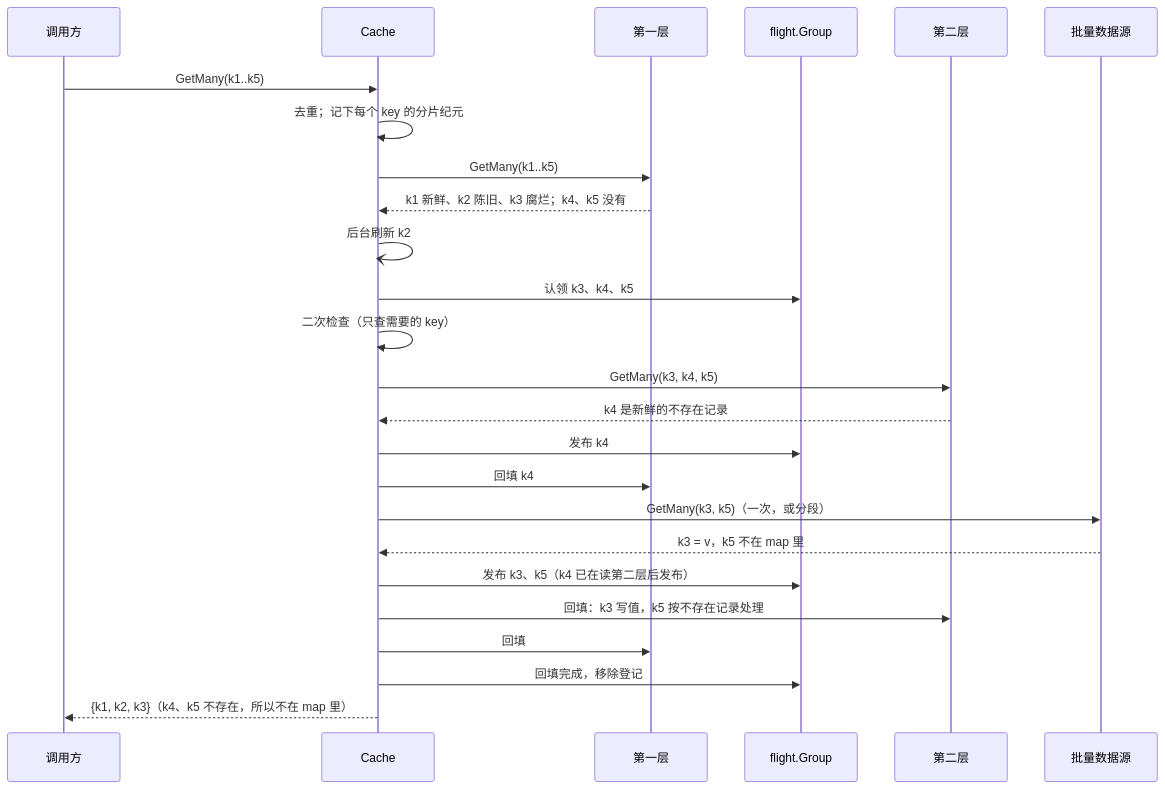
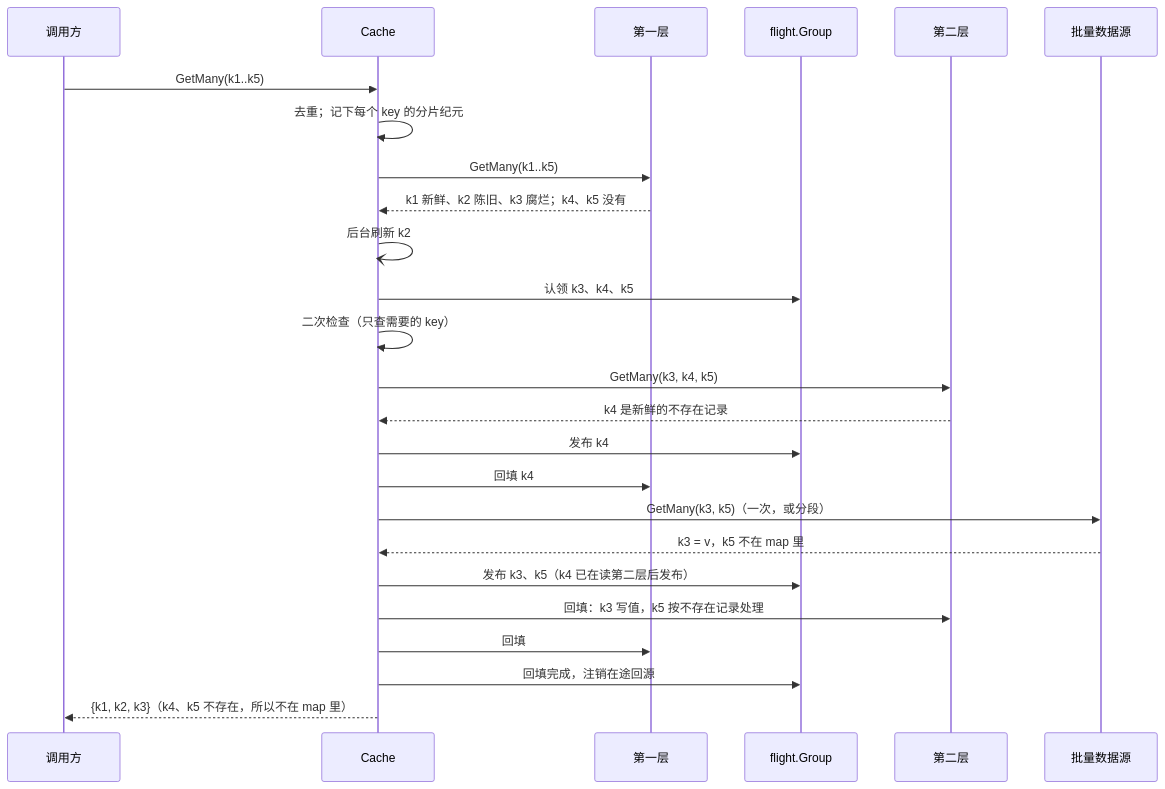
Before and after one commit to theplant/cachex: the diagram in docs/design/batch.md, drawn with Mermaid. The commit also changed other lines of this file and 7 other files, not shown here.

````diff
--- a/docs/design/batch.md
+++ b/docs/design/batch.md
@@ -22,27 +22,27 @@
 ```mermaid
 sequenceDiagram
     participant C as 调用方
     participant K as Cache
     participant L0 as 第一层
     participant G as flight.Group
     participant L1 as 第二层
     participant S as 批量数据源
     C->>K: GetMany(k1..k5)
     K->>K: 去重；记下每个 key 的分片纪元
     K->>L0: GetMany(k1..k5)
     L0-->>K: k1 新鲜、k2 陈旧、k3 腐烂；k4、k5 没有
     K-)K: 后台刷新 k2
     K->>G: 认领 k3、k4、k5
     K->>K: 二次检查（只查需要的 key）
     K->>L1: GetMany(k3, k4, k5)
     L1-->>K: k4 是新鲜的不存在记录
     K->>G: 发布 k4
     K->>L0: 回填 k4
     K->>S: GetMany(k3, k5)（一次，或分段）
     S-->>K: k3 = v，k5 不在 map 里
     K->>G: 发布 k3、k5（k4 已在读第二层后发布）
     K->>L1: 回填：k3 写值，k5 按不存在记录处理
     K->>L0: 回填
-    K->>G: 回填完成，移除登记
+    K->>G: 回填完成，注销在途回源
     K-->>C: {k1, k2, k3}（k4、k5 不存在，所以不在 map 里）
 ```
````
